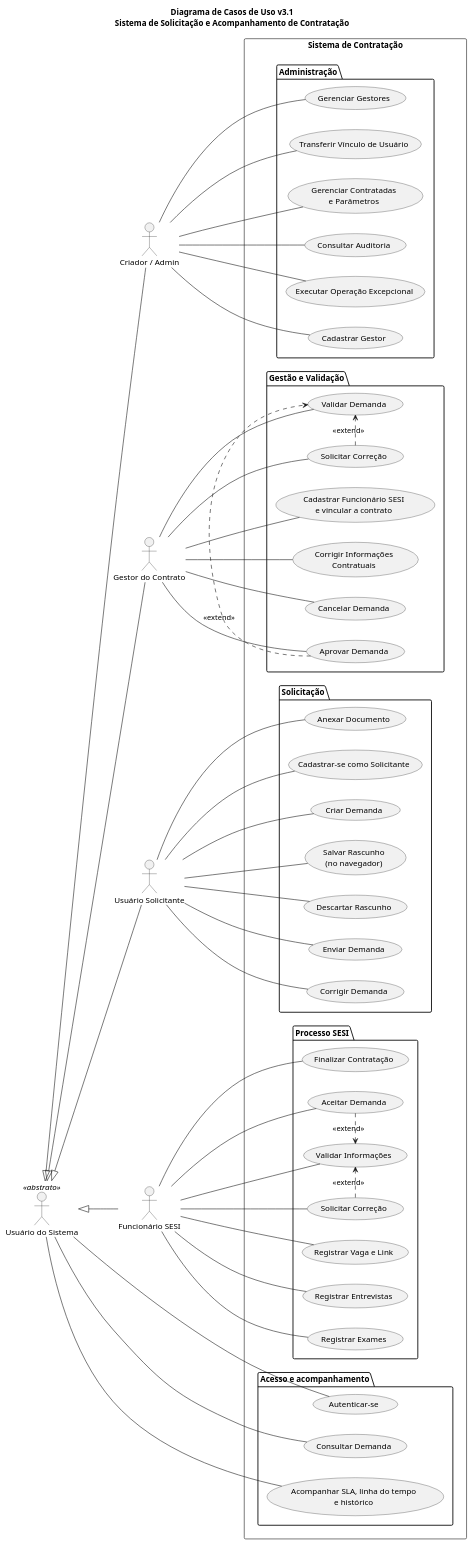
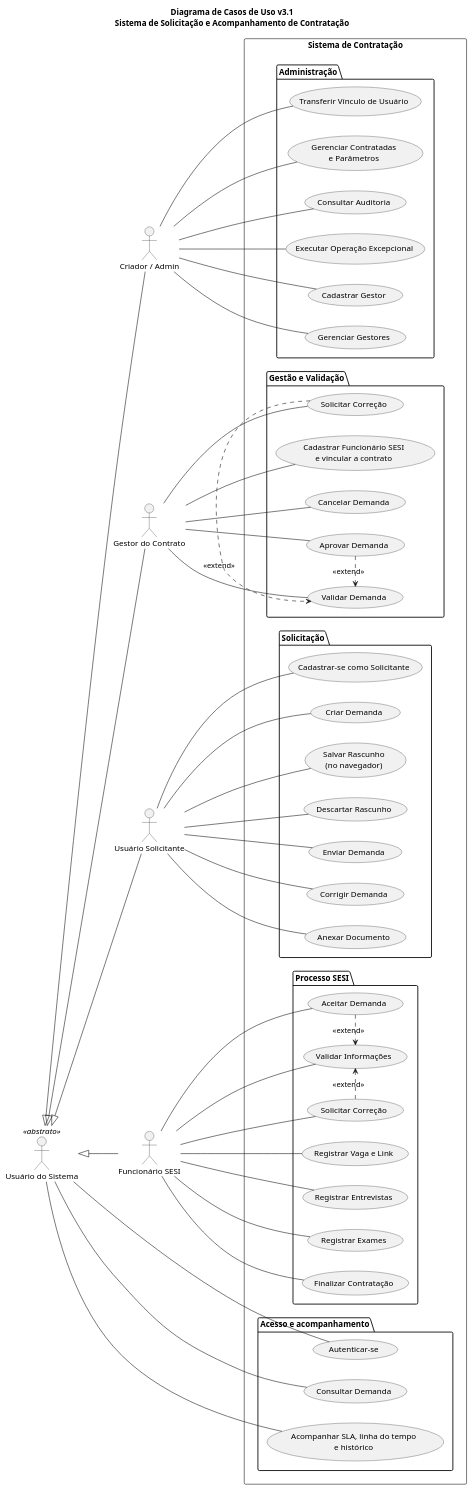
The second of 6 diagrams in docs/REQUISITOS_v3.1.md (devrenanzin/tcc_app_solic_terceiros), drawn with PlantUML before and after one commit. The commit also changed other lines of this file and 2 other files, not shown here.

```diff
--- a/docs/REQUISITOS_v3.1.md
+++ b/docs/REQUISITOS_v3.1.md
@@ -1284,7 +1289,6 @@
     usecase "Validar Demanda" as ValidarGestor
     usecase "Aprovar Demanda" as Aprovar
     usecase "Solicitar Correção" as CorrigirGestor
-    usecase "Corrigir Informações\nContratuais" as CorrigirContratual
     usecase "Cancelar Demanda" as Cancelar
   }
   package "Solicitação" {
@@ -1323,7 +1327,6 @@
 Gestor -- ValidarGestor
 Gestor -- Aprovar
 Gestor -- CorrigirGestor
-Gestor -- CorrigirContratual
 Gestor -- Cancelar
 
 Solicitante -- CadSolicitante
```
